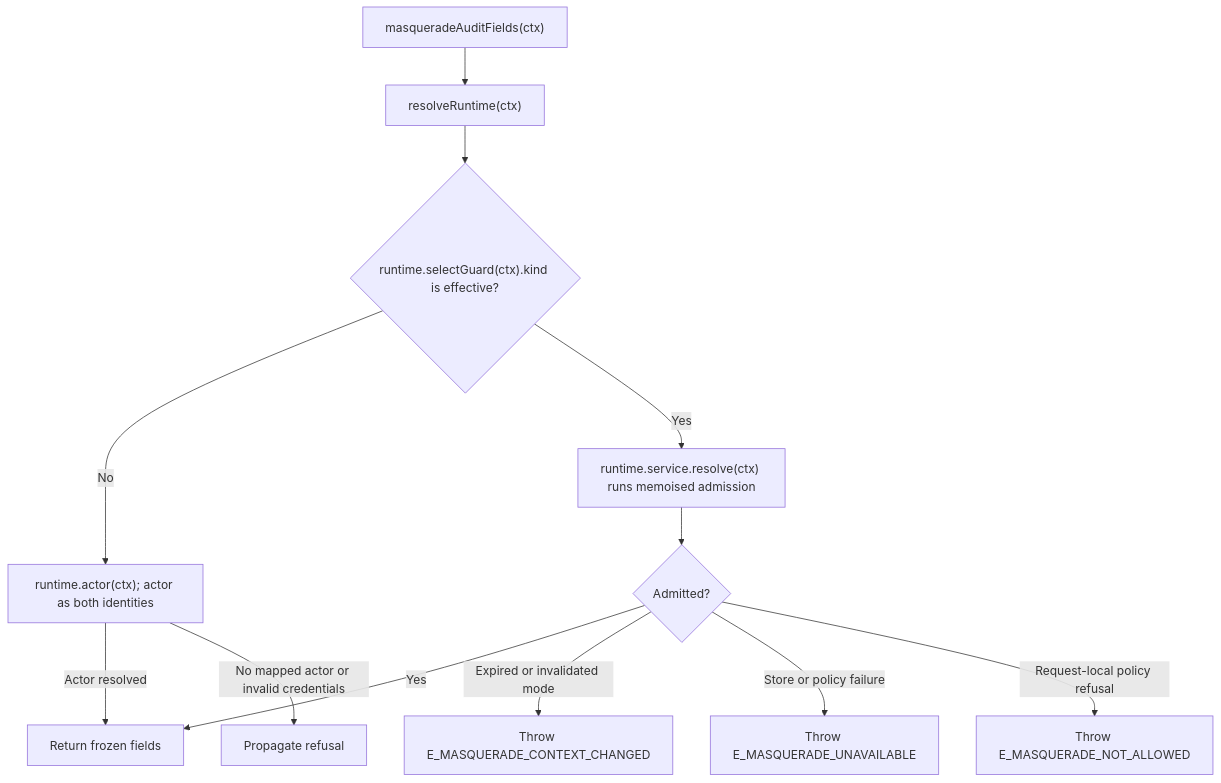
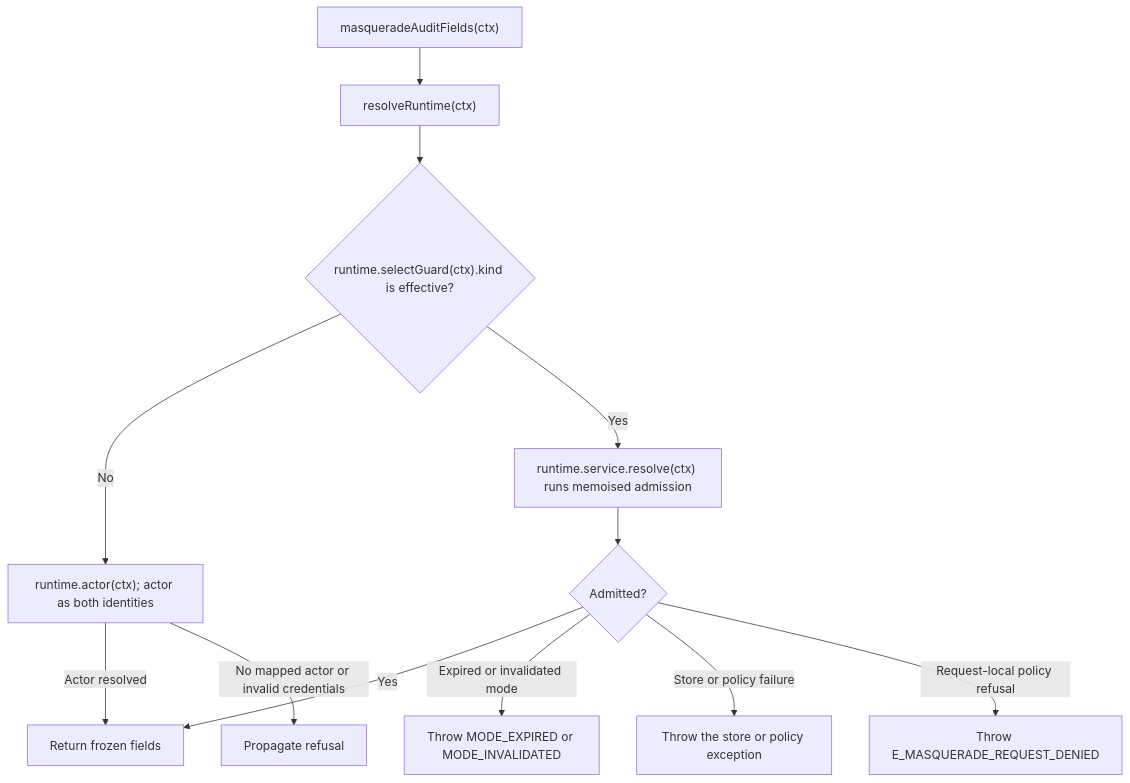
Before and after one commit to Kevinjohn/oss-adonisjs-masquerade: the second of 2 diagrams in user-stories/audit-business-work/us-audit-01-attach-audit-fields.md, drawn with Mermaid. The commit also changed 99 other files, not shown here.

Commit message:
Assign distinct masquerade failure codes and preserve cleanup order

````diff
--- a/user-stories/audit-business-work/us-audit-01-attach-audit-fields.md
+++ b/user-stories/audit-business-work/us-audit-01-attach-audit-fields.md
@@ -37,14 +37,14 @@
 ```mermaid
 flowchart TD
     A["masqueradeAuditFields(ctx)"] --> B["resolveRuntime(ctx)"]
     B --> C{"runtime.selectGuard(ctx).kind is effective?"}
     C -->|No| D["runtime.actor(ctx); actor as both identities"]
     C -->|Yes| E["runtime.service.resolve(ctx) runs memoised admission"]
     E --> G{"Admitted?"}
     G -->|Yes| F["Return frozen fields"]
-    G -->|"Expired or invalidated mode"| H["Throw E_MASQUERADE_CONTEXT_CHANGED"]
-    G -->|"Store or policy failure"| I["Throw E_MASQUERADE_UNAVAILABLE"]
-    G -->|Request-local policy refusal| J["Throw E_MASQUERADE_NOT_ALLOWED"]
+    G -->|"Expired or invalidated mode"| H["Throw MODE_EXPIRED or MODE_INVALIDATED"]
+    G -->|"Store or policy failure"| I["Throw the store or policy exception"]
+    G -->|Request-local policy refusal| J["Throw E_MASQUERADE_REQUEST_DENIED"]
     D -->|Actor resolved| F
     D -->|No mapped actor or invalid credentials| X["Propagate refusal"]
 ```
````
